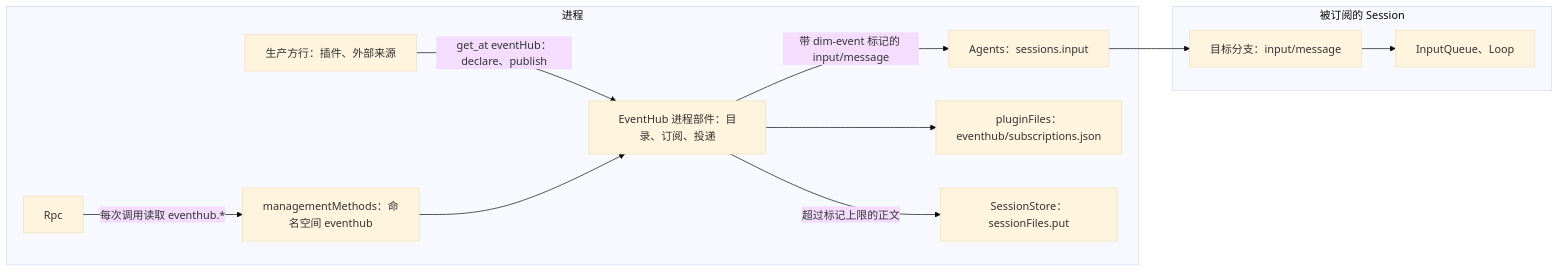
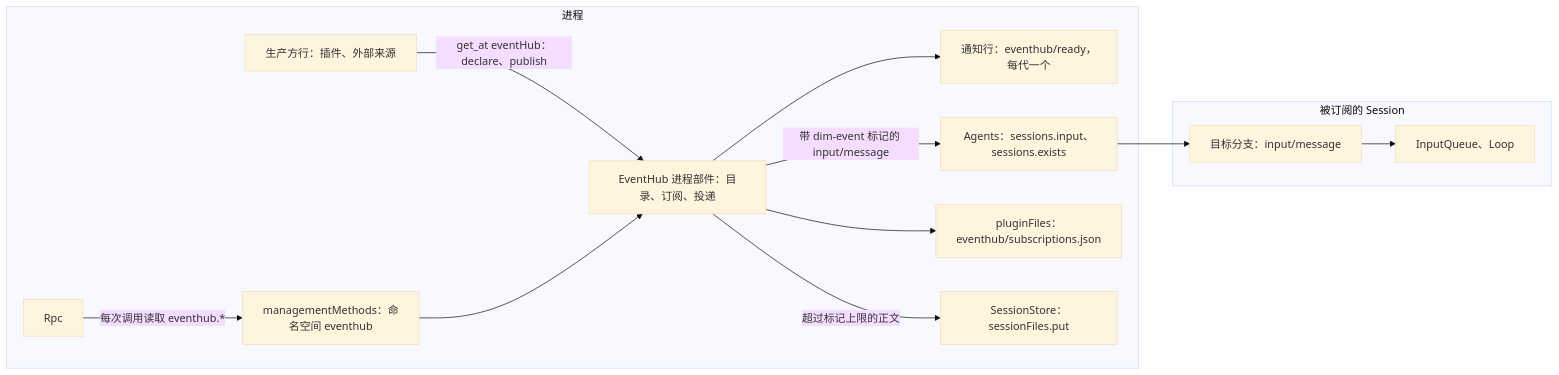
One commit to CoutinhoTTS/dim-agent changed the first of 2 diagrams in docs/zh/design/plugins/EventHub.md. Above: the diagram before and after it, drawn with Mermaid (base theme). The commit also changed other lines of this file and 3 other files, not shown here.

````diff
--- a/docs/zh/design/plugins/EventHub.md
+++ b/docs/zh/design/plugins/EventHub.md
@@ -11,24 +11,26 @@
 ```mermaid
 flowchart LR
   subgraph PROC["进程"]
     Prod["生产方行：插件、外部来源"]
     Hub["EventHub 进程部件：目录、订阅、投递"]
+    Ready["通知行：eventhub/ready，每代一个"]
     MM["managementMethods：命名空间 eventhub"]
     Rpc["Rpc"]
-    Agents["Agents：sessions.input"]
+    Agents["Agents：sessions.input、sessions.exists"]
     Files["pluginFiles：eventhub/subscriptions.json"]
     SF["SessionStore：sessionFiles.put"]
   end
   subgraph SESS["被订阅的 Session"]
     TL["目标分支：input/message"]
     IQ["InputQueue、Loop"]
   end
   Prod -->|"get_at eventHub：declare、publish"| Hub
   Hub --> Files
   Hub -->|"带 dim-event 标记的 input/message"| Agents
   Agents --> TL
   Hub -->|"超过标记上限的正文"| SF
   Rpc -->|"每次调用读取 eventhub.*"| MM
   MM --> Hub
+  Hub --> Ready
   TL --> IQ
 ```
````
